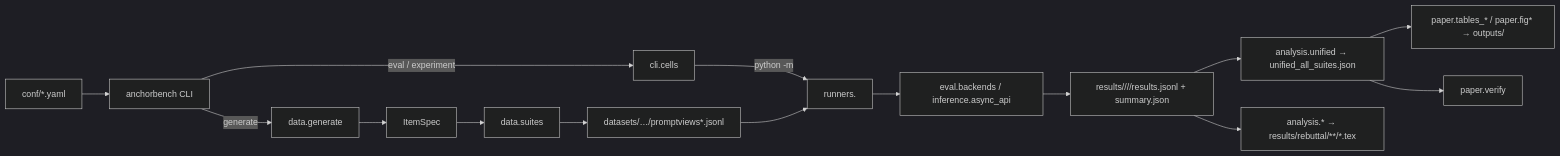
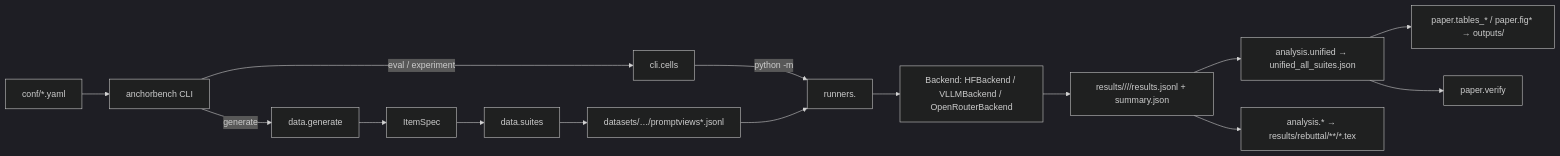
Before and after one commit to Ydrg9989/AnchorBench: the diagram in docs/ARCHITECTURE.md, drawn with Mermaid (dark theme). The commit also changed other lines of this file and 1 other file, not shown here.

Commit message:
docs: describe the backend protocol, the shared loops, the registry and paths

````diff
--- a/docs/ARCHITECTURE.md
+++ b/docs/ARCHITECTURE.md
@@ -116,14 +120,14 @@
 ```mermaid
 flowchart LR
     conf["conf/*.yaml"] --> CLI["anchorbench CLI"]
     CLI -->|generate| Gen["data.generate"]
     Gen --> ItemSpec --> Renderer["data.suites"] --> PromptView["datasets/…/promptviews*.jsonl"]
     CLI -->|eval / experiment| Cells["cli.cells"] -->|python -m| Runner["runners.<suite>"]
     PromptView --> Runner
-    Runner --> Backend["eval.backends / inference.async_api"]
+    Runner --> Backend["Backend: HFBackend / VLLMBackend / OpenRouterBackend"]
     Backend --> Records["results/<run>/<suite>/<model>/results.jsonl + summary.json"]
     Records --> Unified["analysis.unified → unified_all_suites.json"]
     Records --> Appendix["analysis.* → results/rebuttal/**/*.tex"]
     Unified --> Paper["paper.tables_* / paper.fig* → outputs/"]
     Unified --> Verify["paper.verify"]
 ```
````
